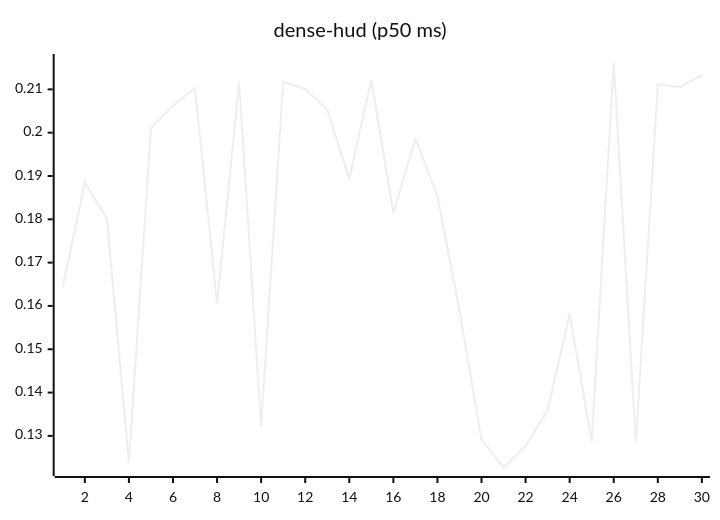
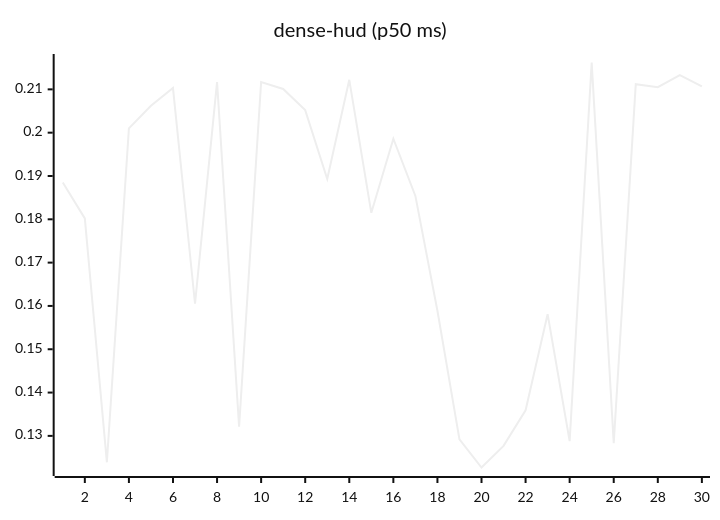
One commit to josha/Facet changed the eighth of 27 diagrams in README.md. Above: the diagram before and after it, drawn with Mermaid (neutral theme). The commit also changed other lines of this file and 2 other files, not shown here.

````diff
--- a/README.md
+++ b/README.md
@@ -112,6 +112,6 @@
 ```mermaid
 xychart-beta
     title "dense-hud (p50 ms)"
     x-axis 1 --> 30
-    line [0.1644, 0.1885, 0.1802, 0.1239, 0.2010, 0.2062, 0.2103, 0.1605, 0.2117, 0.1321, 0.2117, 0.2101, 0.2052, 0.1893, 0.2122, 0.1815, 0.1986, 0.1854, 0.1589, 0.1292, 0.1227, 0.1277, 0.1359, 0.1581, 0.1288, 0.2162, 0.1283, 0.2112, 0.2105, 0.2133]
+    line [0.1885, 0.1802, 0.1239, 0.2010, 0.2062, 0.2103, 0.1605, 0.2117, 0.1321, 0.2117, 0.2101, 0.2052, 0.1893, 0.2122, 0.1815, 0.1986, 0.1854, 0.1589, 0.1292, 0.1227, 0.1277, 0.1359, 0.1581, 0.1288, 0.2162, 0.1283, 0.2112, 0.2105, 0.2133, 0.2107]
 ```
````
